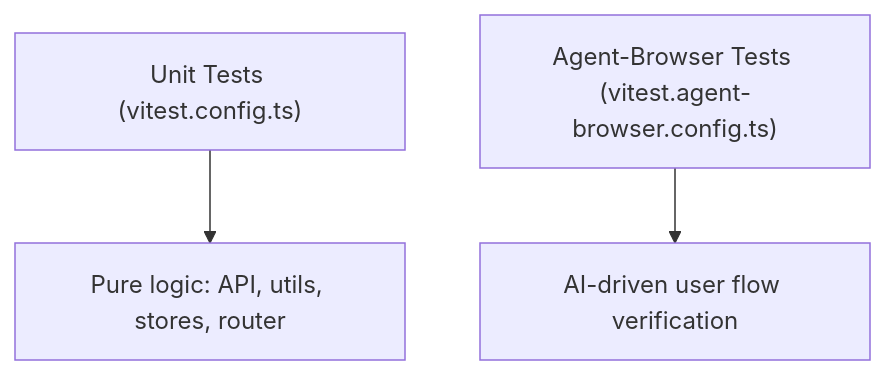
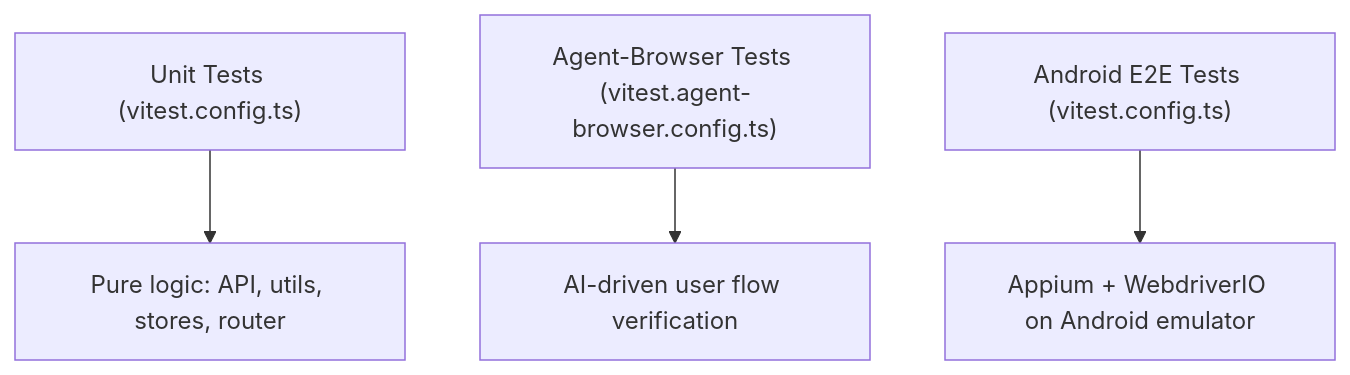
Before and after one commit to a1121611810/Pictelio: the diagram in openwiki/testing/overview.md, drawn with Mermaid. The commit also changed other lines of this file and 2 other files, not shown here.

First line of the commit message:
docs: update docs for v4.0.0 android flavor and e2e tests

````diff
--- a/openwiki/testing/overview.md
+++ b/openwiki/testing/overview.md
@@ -20,5 +20,6 @@
 ```mermaid
 flowchart TD
     U["Unit Tests (vitest.config.ts)"] --> S["Pure logic: API, utils, stores, router"]
     A["Agent-Browser Tests (vitest.agent-browser.config.ts)"] --> AI["AI-driven user flow verification"]
+    E["Android E2E Tests (vitest.config.ts)"] --> EMU["Appium + WebdriverIO on Android emulator"]
 ```
````
